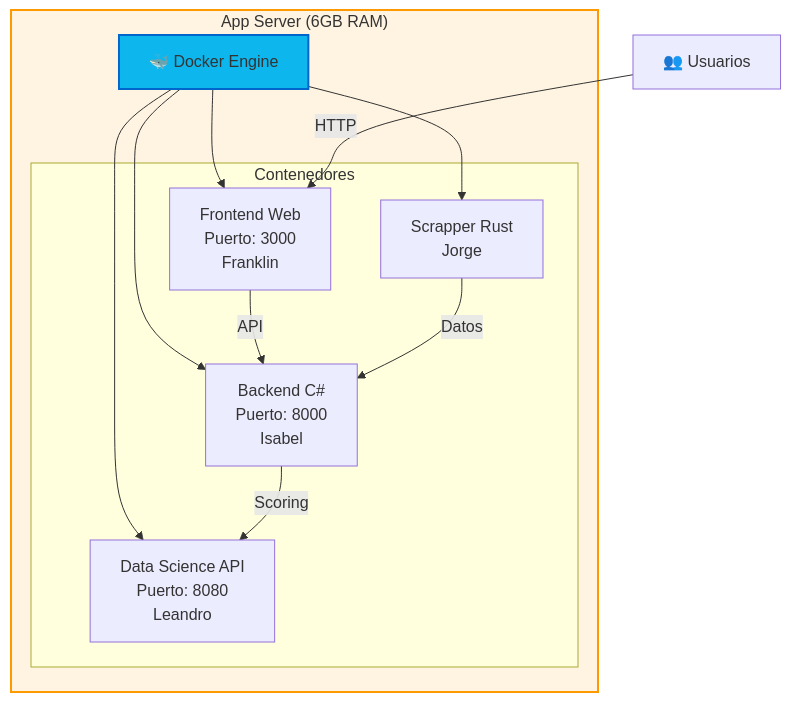
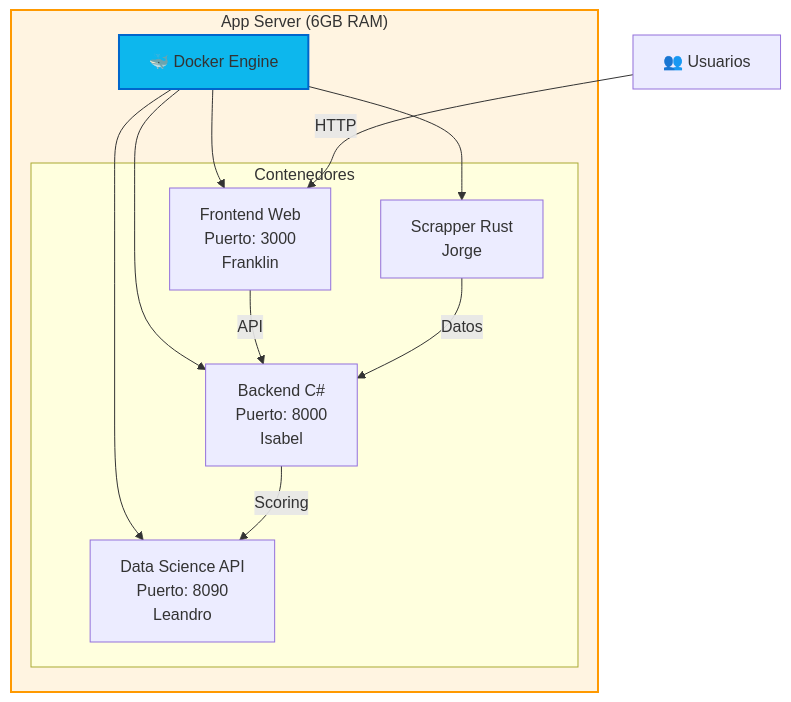
One commit to No-Country-simulation/S02-26-Equipo-48--EquineLead changed the eighth of 9 diagrams in infrastructure/terraform/docs/Gestión de Infraestructura - Terraform.md. Above: the diagram before and after it, drawn with Mermaid. The commit also changed other lines of this file and 24 other files, not shown here.

First line of the commit message:
feat(data-science): flatten structure, polish documentation, and align API v1.0

````diff
--- a/infrastructure/terraform/docs/Gestión de Infraestructura - Terraform.md
+++ b/infrastructure/terraform/docs/Gestión de Infraestructura - Terraform.md
@@ -1017,26 +1018,26 @@
 ```mermaid
 graph TB
     subgraph AppServer["App Server (6GB RAM)"]
         Docker["🐳 Docker Engine"]
         
         subgraph Containers["Contenedores"]
             Backend["Backend C#<br/>Puerto: 8000<br/>Isabel"]
             Frontend["Frontend Web<br/>Puerto: 3000<br/>Franklin"]
             Scrapper["Scrapper Rust<br/>Jorge"]
-            DataScience["Data Science API<br/>Puerto: 8080<br/>Leandro"]
+            DataScience["Data Science API<br/>Puerto: 8090<br/>Leandro"]
         end
         
         Docker --> Backend
         Docker --> Frontend
         Docker --> Scrapper
         Docker --> DataScience
     end
     
     Users["👥 Usuarios"] -->|HTTP| Frontend
     Frontend -->|API| Backend
     Backend -->|Scoring| DataScience
     Scrapper -->|Datos| Backend
     
     style AppServer fill:#fff4e1,stroke:#ff9900,stroke-width:2px
     style Docker fill:#0db7ed,stroke:#0066cc,stroke-width:2px
 ```
````
